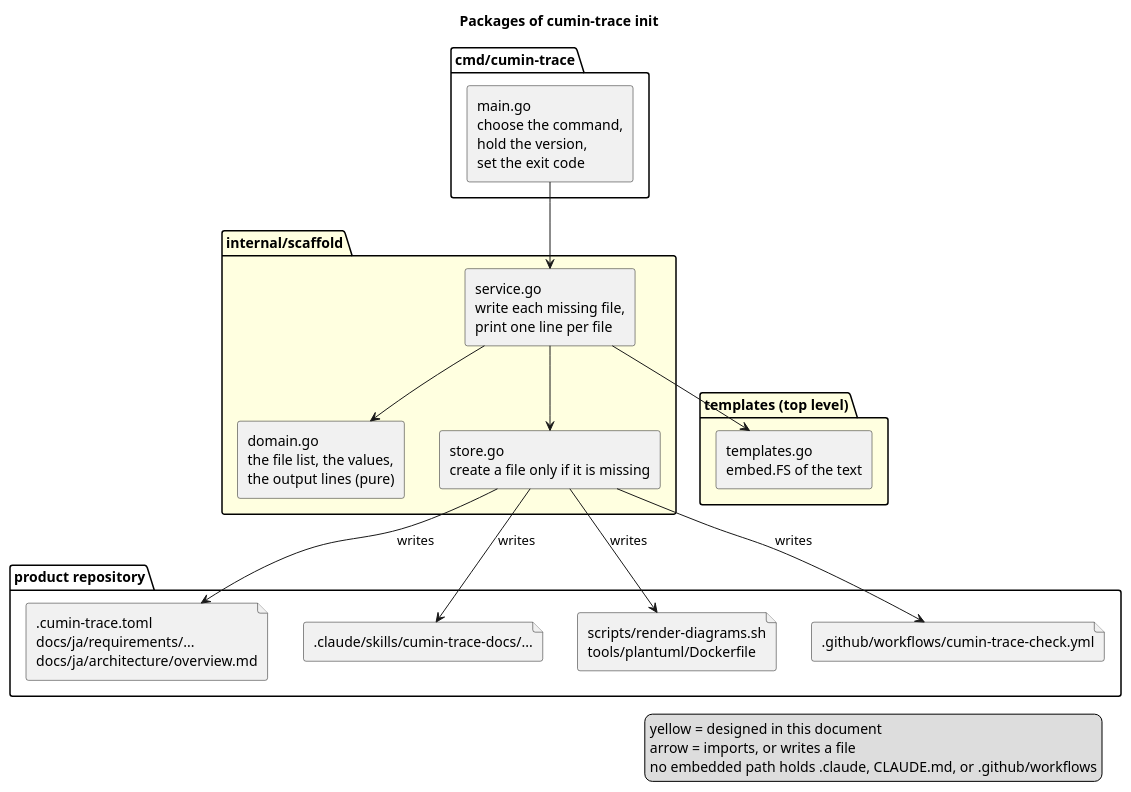
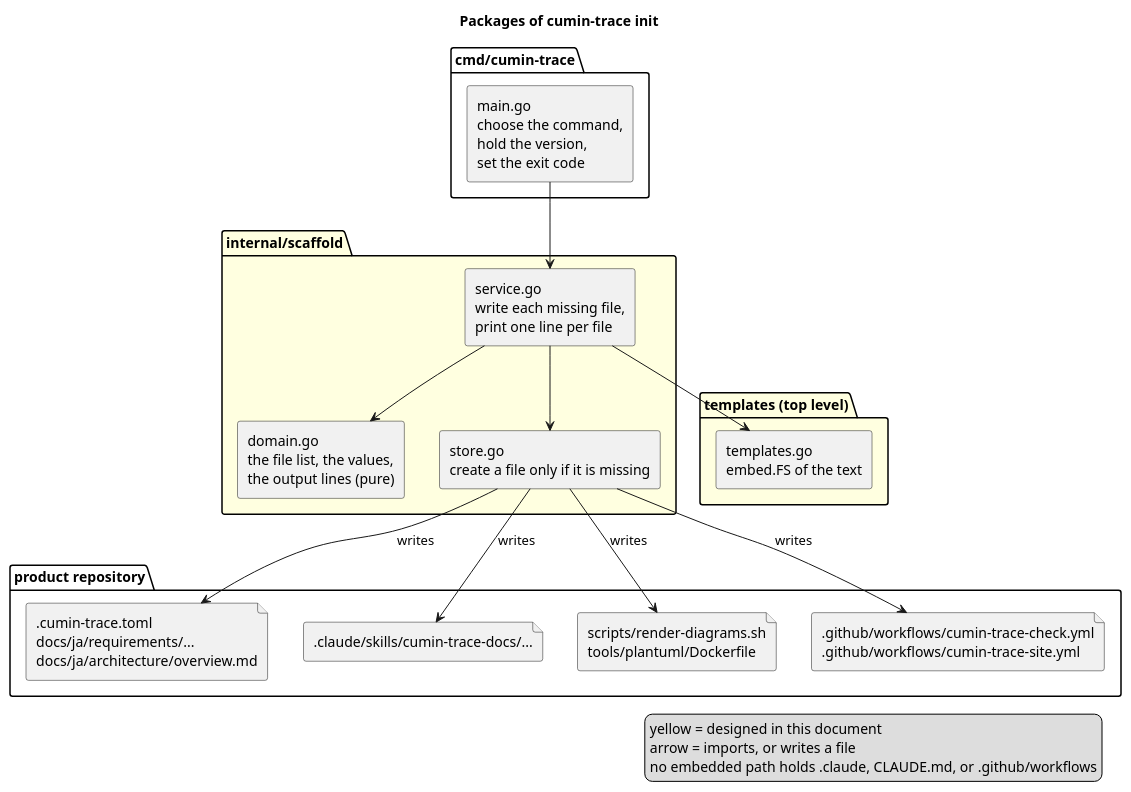
One commit to cloveclovedev/cumin-trace changed the diagram in docs/ja/designs/templates/templates-packages.puml. Above: the diagram before and after it, drawn with PlantUML. The commit also changed 12 other files, not shown here.

First line of the commit message:
feat(init): write an example workflow that rebuilds the site with the trace (#158)

```diff
--- a/docs/ja/designs/templates/templates-packages.puml
+++ b/docs/ja/designs/templates/templates-packages.puml
@@ -1,41 +1,41 @@
 @startuml templates-packages
 title Packages of cumin-trace init
 skinparam shadowing false
 skinparam componentStyle rectangle
 
 package "cmd/cumin-trace" {
   [main.go\nchoose the command,\nhold the version,\nset the exit code] as main
 }
 
 package "internal/scaffold" #LightYellow {
   [service.go\nwrite each missing file,\nprint one line per file] as service
   [domain.go\nthe file list, the values,\nthe output lines (pure)] as rules
   [store.go\ncreate a file only if it is missing] as store
 }
 
 package "templates (top level)" #LightYellow {
   [templates.go\nembed.FS of the text] as embedded
 }
 
 package "product repository" {
   file ".cumin-trace.toml\ndocs/ja/requirements/...\ndocs/ja/architecture/overview.md" as docs
   file ".claude/skills/cumin-trace-docs/..." as skill
   file "scripts/render-diagrams.sh\ntools/plantuml/Dockerfile" as script
-  file ".github/workflows/cumin-trace-check.yml" as workflow
+  file ".github/workflows/cumin-trace-check.yml\n.github/workflows/cumin-trace-site.yml" as workflow
 }
 
 main --> service
 service --> rules
 service --> embedded
 service --> store
 store --> docs : writes
 store --> skill : writes
 store --> script : writes
 store --> workflow : writes
 
 legend right
   yellow = designed in this document
   arrow = imports, or writes a file
   no embedded path holds .claude, CLAUDE.md, or .github/workflows
 endlegend
 @enduml
```
